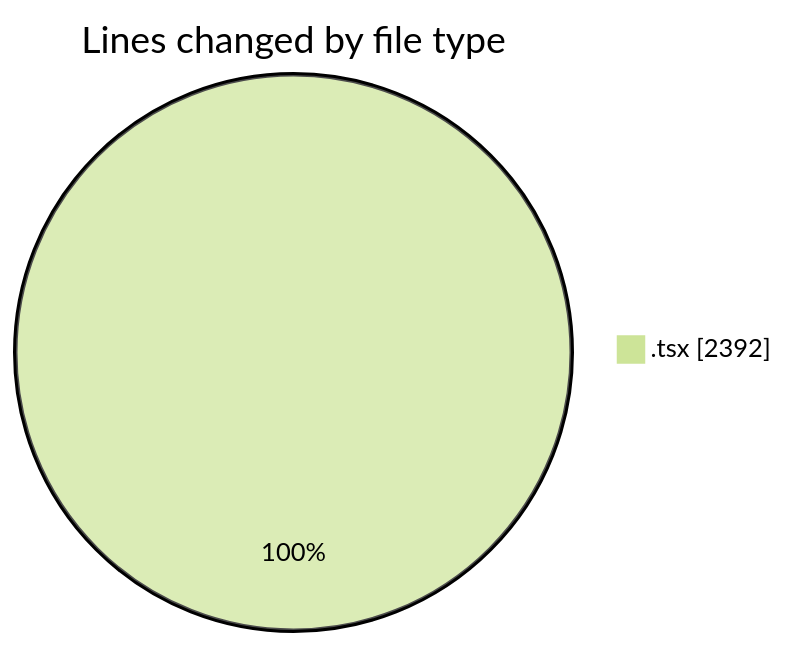
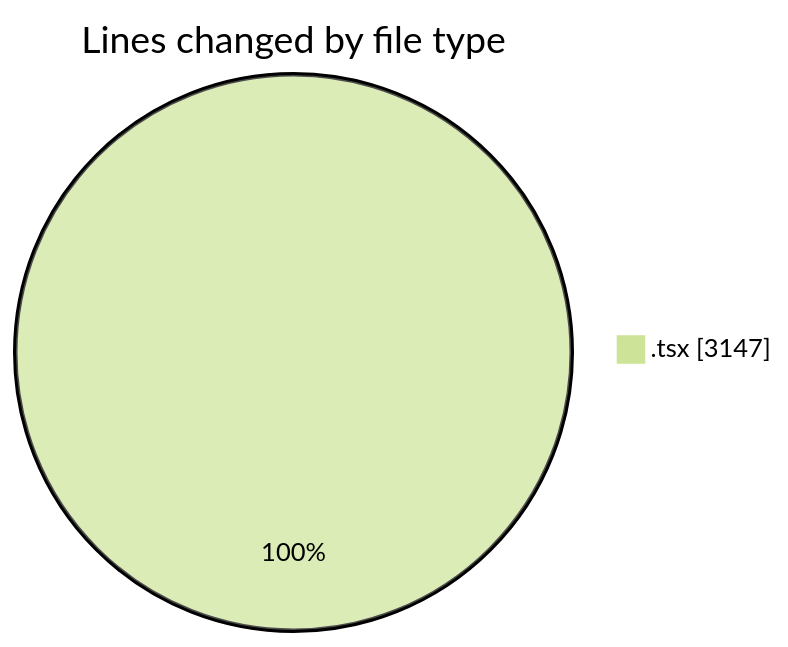
One commit to nxtqubesakshisongat/code-tracking changed the first of 2 diagrams in 2026-06-24/nxtqube_webapp/README.md. Above: the diagram before and after it, drawn with Mermaid (forest theme). The commit also changed other lines of this file and 1 other file, not shown here.

````diff
--- a/2026-06-24/nxtqube_webapp/README.md
+++ b/2026-06-24/nxtqube_webapp/README.md
@@ -22,5 +23,5 @@
 ```mermaid
 pie showData
 title Lines changed by file type
-".tsx" : 2392
+".tsx" : 3147
 ```
````
